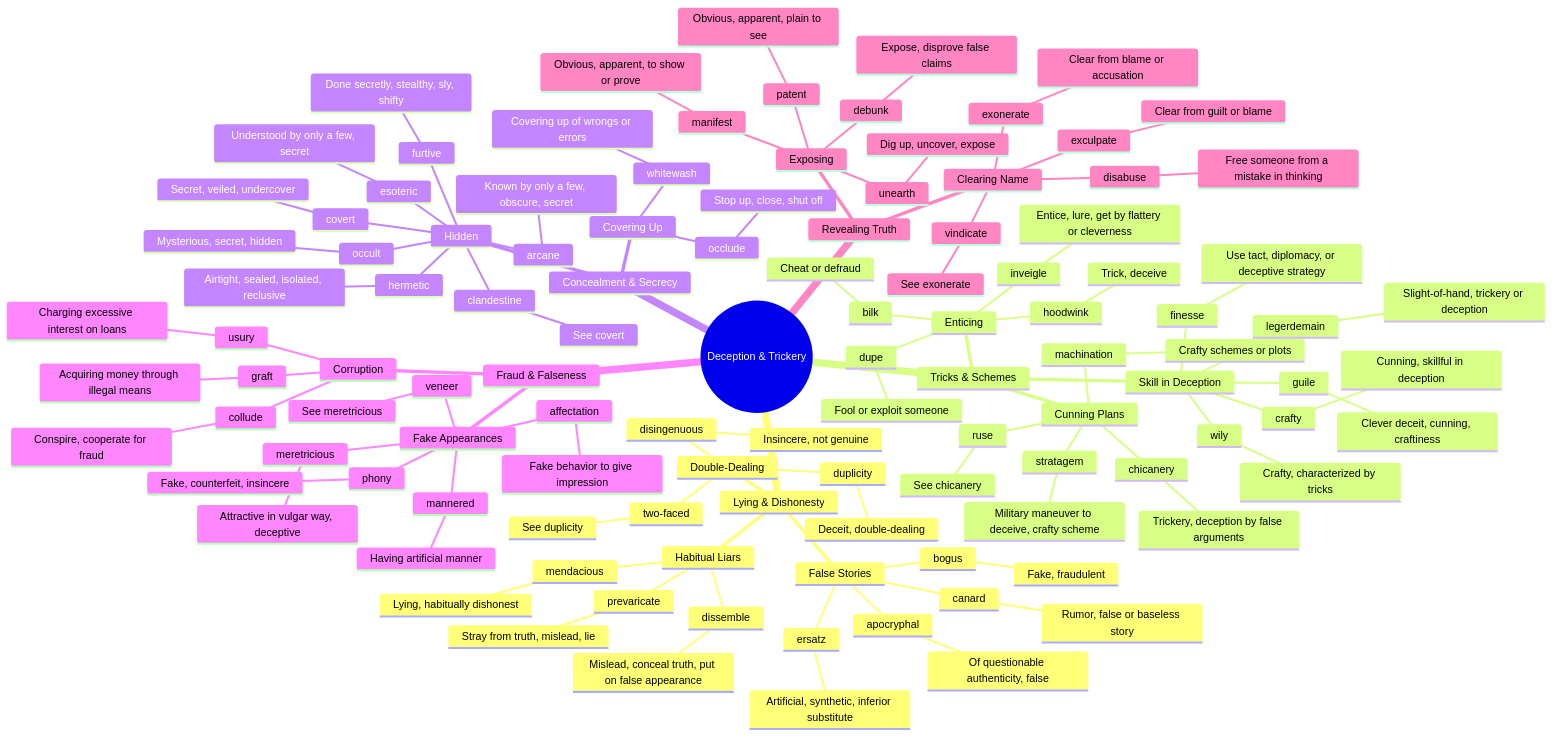
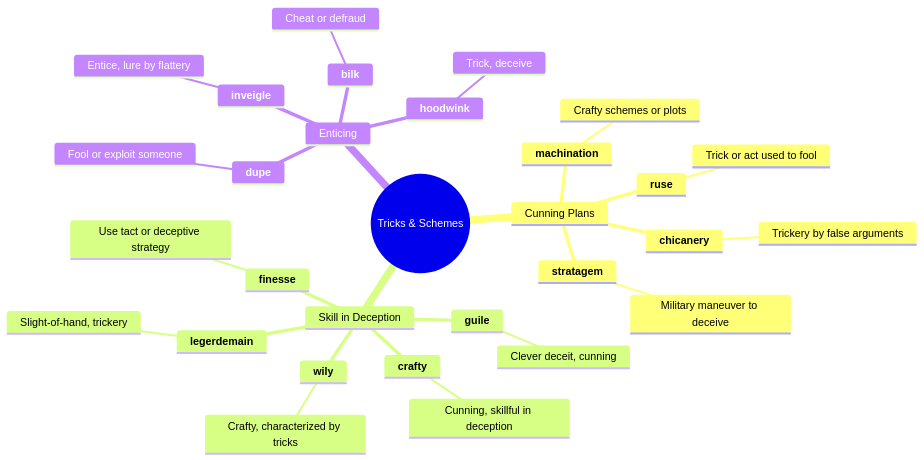
The third of 7 diagrams in mindmaps/08-deception-and-trickery.md (95anantsingh/gre-preparation), drawn with Mermaid before and after one commit. The commit also changed other lines of this file and 20 other files, not shown here.

````diff
--- a/mindmaps/08-deception-and-trickery.md
+++ b/mindmaps/08-deception-and-trickery.md
@@ -7,117 +108,33 @@
 ```mermaid
 mindmap
-  root((Deception & Trickery))
-    Lying & Dishonesty
-      Habitual Liars
-        mendacious
-          Lying, habitually dishonest
-        prevaricate
-          Stray from truth, mislead, lie
-        dissemble
-          Mislead, conceal truth, put on false appearance
-      False Stories
-        canard
-          Rumor, false or baseless story
-        apocryphal
-          Of questionable authenticity, false
-        bogus
-          Fake, fraudulent
-        ersatz
-          Artificial, synthetic, inferior substitute
-      Double-Dealing
-        duplicity
-          Deceit, double-dealing
-        disingenuous
-          Insincere, not genuine
-        two-faced
-          See duplicity
-    Tricks & Schemes
-      Cunning Plans
-        chicanery
-          Trickery, deception by false arguments
-        machination
-          Crafty schemes or plots
-        stratagem
-          Military maneuver to deceive, crafty scheme
-        ruse
-          See chicanery
-      Skill in Deception
-        crafty
-          Cunning, skillful in deception
-        wily
-          Crafty, characterized by tricks
-        guile
-          Clever deceit, cunning, craftiness
-        legerdemain
-          Slight-of-hand, trickery or deception
-        finesse
-          Use tact, diplomacy, or deceptive strategy
-      Enticing
-        inveigle
-          Entice, lure, get by flattery or cleverness
-        dupe
-          Fool or exploit someone
-        bilk
-          Cheat or defraud
-        hoodwink
-          Trick, deceive
-    Concealment & Secrecy
-      Hidden
-        covert
-          Secret, veiled, undercover
-        furtive
-          Done secretly, stealthy, sly, shifty
-        clandestine
-          See covert
-        arcane
-          Known by only a few, obscure, secret
-        esoteric
-          Understood by only a few, secret
-        occult
-          Mysterious, secret, hidden
-        hermetic
-          Airtight, sealed, isolated, reclusive
-      Covering Up
-        whitewash
-          Covering up of wrongs or errors
-        occlude
-          Stop up, close, shut off
-    Fraud & Falseness
-      Fake Appearances
-        affectation
-          Fake behavior to give impression
-        meretricious
-          Attractive in vulgar way, deceptive
-        phony
-          Fake, counterfeit, insincere
-        mannered
-          Having artificial manner
-        veneer
-          See meretricious
-      Corruption
-        collude
-          Conspire, cooperate for fraud
-        graft
-          Acquiring money through illegal means
-        usury
-          Charging excessive interest on loans
-    Revealing Truth
-      Exposing
-        debunk
-          Expose, disprove false claims
-        unearth
-          Dig up, uncover, expose
-        manifest
-          Obvious, apparent, to show or prove
-        patent
-          Obvious, apparent, plain to see
-      Clearing Name
-        exculpate
-          Clear from guilt or blame
-        exonerate
-          Clear from blame or accusation
-        disabuse
-          Free someone from a mistake in thinking
-        vindicate
-          See exonerate
+  root((Tricks & Schemes))
+    Cunning Plans
+      **chicanery**
+        Trickery by false arguments
+      **machination**
+        Crafty schemes or plots
+      **stratagem**
+        Military maneuver to deceive
+      **ruse**
+        Trick or act used to fool
+    Skill in Deception
+      **crafty**
+        Cunning, skillful in deception
+      **wily**
+        Crafty, characterized by tricks
+      **guile**
+        Clever deceit, cunning
+      **legerdemain**
+        Slight-of-hand, trickery
+      **finesse**
+        Use tact or deceptive strategy
+    Enticing
+      **inveigle**
+        Entice, lure by flattery
+      **dupe**
+        Fool or exploit someone
+      **bilk**
+        Cheat or defraud
+      **hoodwink**
+        Trick, deceive
 ```
````
